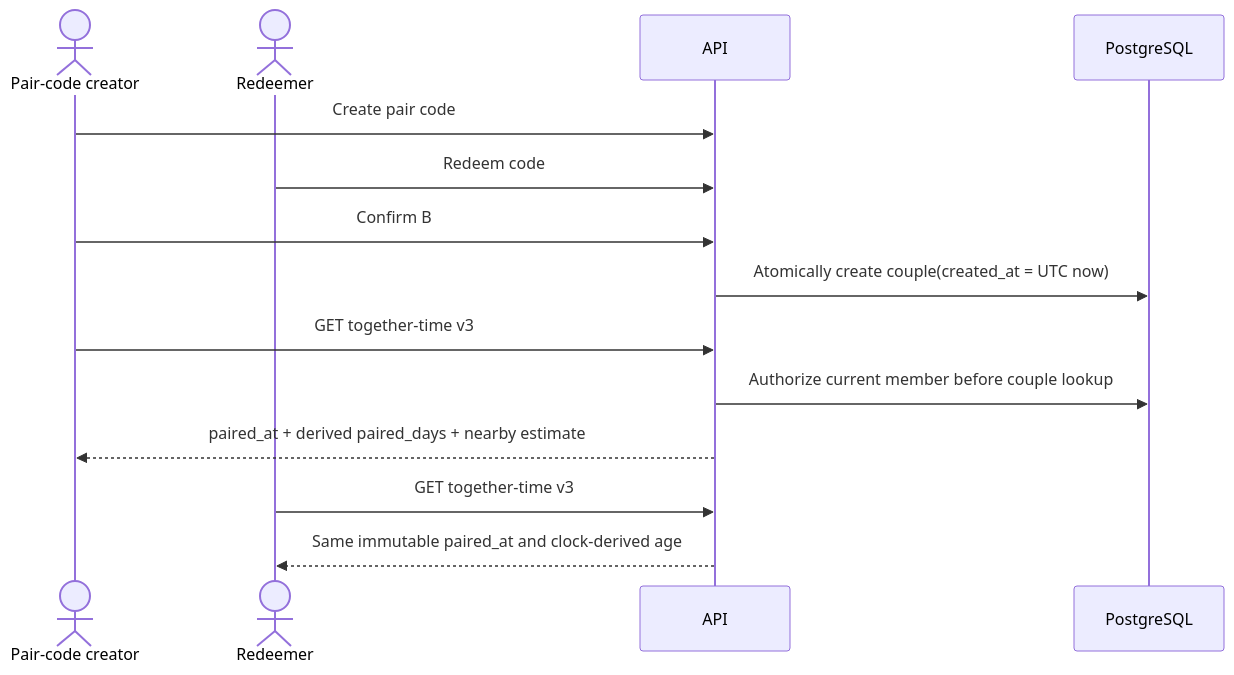
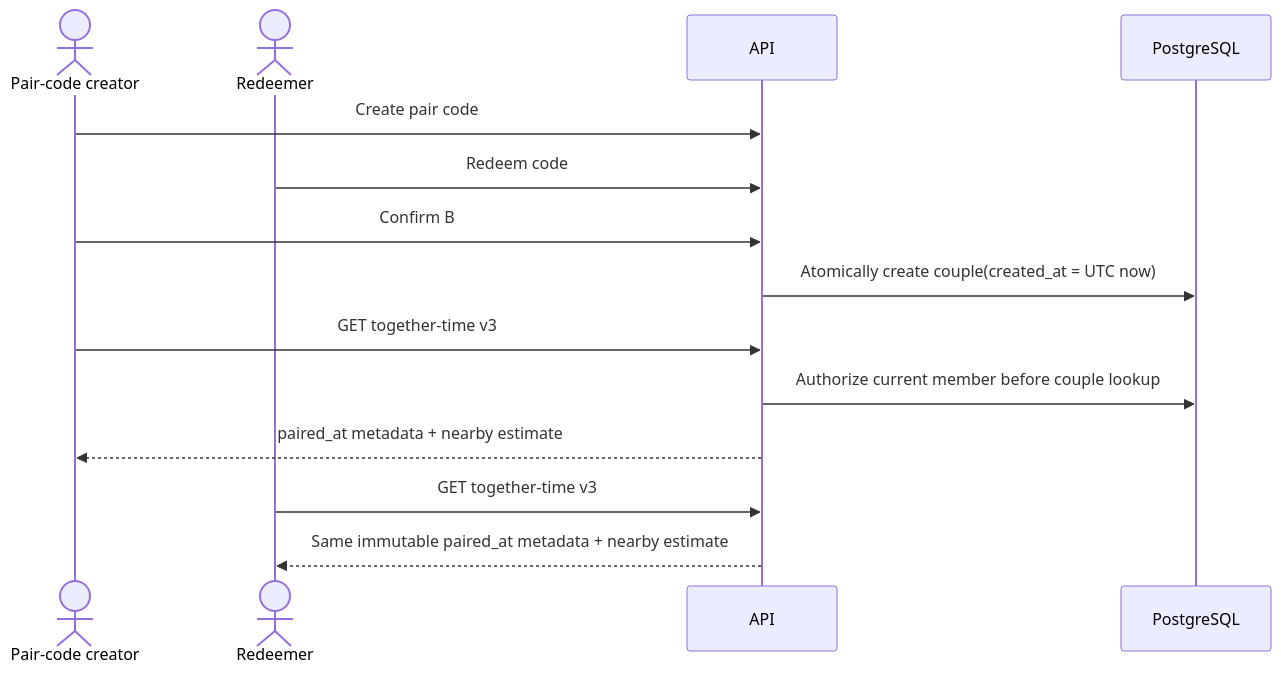
Diagram 11 of 21 in docs/NETWORK-FLOW.md (Captainpax/littleorbit), drawn with Mermaid before and after one commit. The commit also changed other lines of this file and 38 other files, not shown here.

````diff
--- a/docs/NETWORK-FLOW.md
+++ b/docs/NETWORK-FLOW.md
@@ -296,16 +297,16 @@
 ```mermaid
 sequenceDiagram
     actor A as Pair-code creator
     actor B as Redeemer
     participant API
     participant DB as PostgreSQL
     A->>API: Create pair code
     B->>API: Redeem code
     A->>API: Confirm B
     API->>DB: Atomically create couple(created_at = UTC now)
     A->>API: GET together-time v3
     API->>DB: Authorize current member before couple lookup
-    API-->>A: paired_at + derived paired_days + nearby estimate
+    API-->>A: paired_at metadata + nearby estimate
     B->>API: GET together-time v3
-    API-->>B: Same immutable paired_at and clock-derived age
+    API-->>B: Same immutable paired_at metadata + nearby estimate
 ```
````
